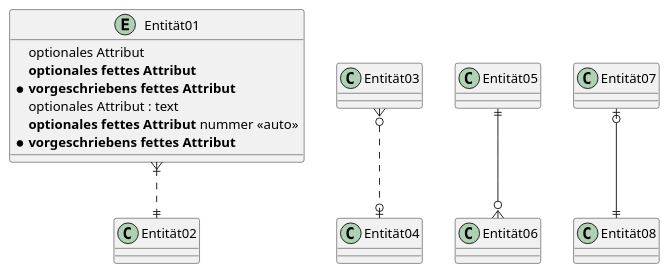
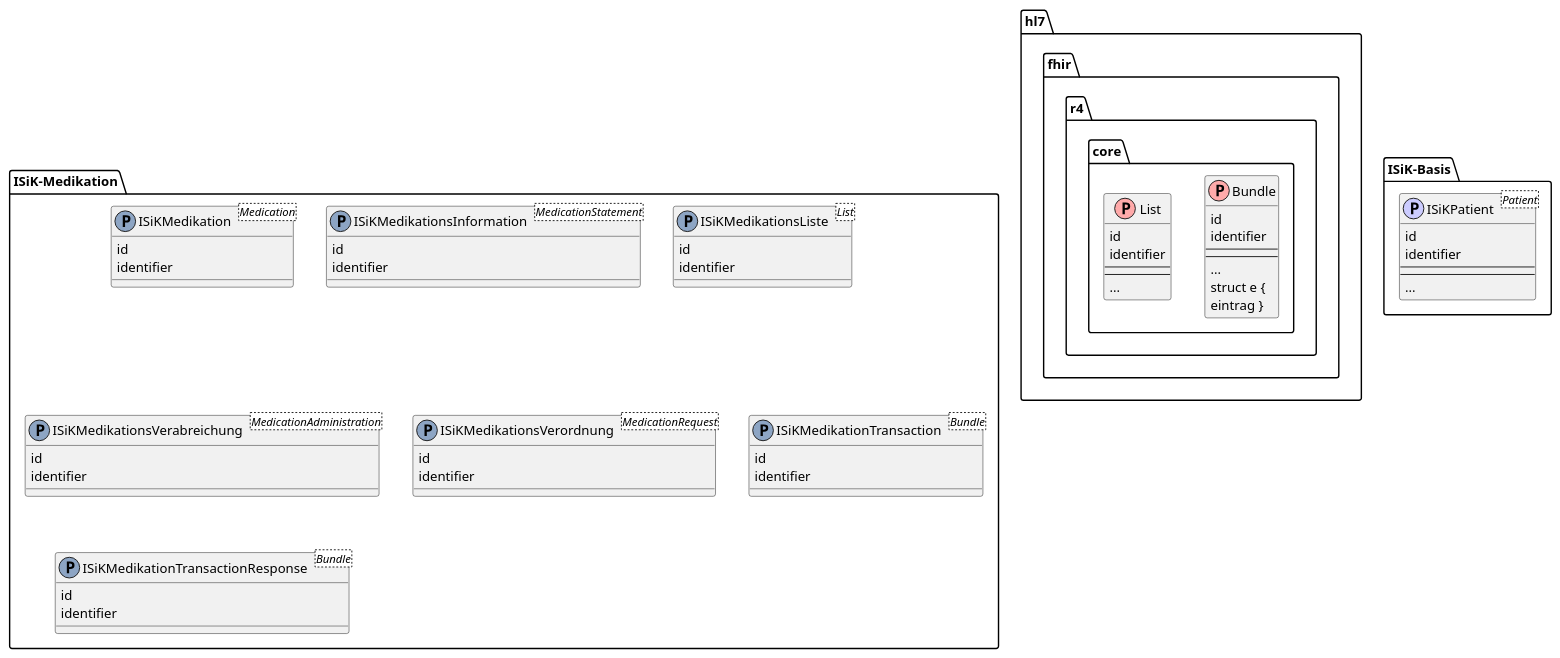
Before and after one commit to gematik/spec-ISiK-Medikation: the diagram in Material/images/src/plantuml/infomodell.puml, drawn with PlantUML. The commit also changed 6 other files, not shown here.

First line of the commit message:
AMTS use case diagram

```diff
--- a/Material/images/src/plantuml/infomodell.puml
+++ b/Material/images/src/plantuml/infomodell.puml
@@ -1,22 +1,87 @@
 @startuml
 
 ' verhindere Probleme mit gewinkelten Krähenfüßen
 skinparam linetype ortho
+ 
+' package Dummy{
+' entity Entität01 {
+'    optionales Attribut
+'    **optionales fettes Attribut**
+'    * **vorgeschriebens fettes Attribut**
+' }
+' 
+' entity Entität01 {
+'    optionales Attribut : text
+'    **optionales fettes Attribut** nummer <<auto>>
+'    * **vorgeschriebens fettes Attribut**
+' }
+' Entität01 }|..|| Entität02
+' Entität03 }o..o| Entität04
+' Entität05 ||--o{ Entität06
+' Entität07 |o--|| Entität08
+' }
+ 
+ ' TODO:
+ ' Vervollständigen im Sinne von: https://github.com/gematik/spec-ISiK-Medikation/blob/rc/main-stufe-4/Material/docs/Medikation%20Abgleich%20bestehende%20Spezifikationen.xlsx
 
-entity Entität01 {
-   optionales Attribut
-   **optionales fettes Attribut**
-   * **vorgeschriebens fettes Attribut**
+package ISiK-Medikation {
+class  ISiKMedikation <Medication><<(P,#8DA5C4)>>{
+   id
+   identifier
+}
+class  ISiKMedikationsInformation <MedicationStatement><<(P,#8DA5C4)>>{
+   id
+   identifier
+}
+class  ISiKMedikationsListe <List><<(P,#8DA5C4)>>{
+   id
+   identifier
+}
+class  ISiKMedikationsVerabreichung <MedicationAdministration><<(P,#8DA5C4)>>{
+   id
+   identifier
+}
+class  ISiKMedikationsVerordnung <MedicationRequest><<(P,#8DA5C4)>>{
+   id
+   identifier
+}
+class  ISiKMedikationTransaction <Bundle><<(P,#8DA5C4)>>{
+   id
+   identifier
+}
+class  ISiKMedikationTransactionResponse <Bundle><<(P,#8DA5C4)>>{
+   id
+   identifier
+}
+}
+package "hl7.fhir.r4.core" {
+class  Bundle <<(P,#FFAAAA)>>{
+   id
+   identifier
+   --
+   --
+   ...
+   struct e {
+      eintrag }
+   }
+class  List <<(P,#FFAAAA)>>{
+   id
+   identifier
+   --
+   --
+   ...
+}
+}
+package ISiK-Basis {
+class  ISiKPatient <Patient><<(P,#CCCCFF)>>{
+   id
+   identifier
+   --
+   --
+   ...
+}
 }
 
-entity Entität01 {
-   optionales Attribut : text
-   **optionales fettes Attribut** nummer <<auto>>
-   * **vorgeschriebens fettes Attribut**
-}
-Entität01 }|..|| Entität02
-Entität03 }o..o| Entität04
-Entität05 ||--o{ Entität06
-Entität07 |o--|| Entität08
+
 
 @enduml
```
